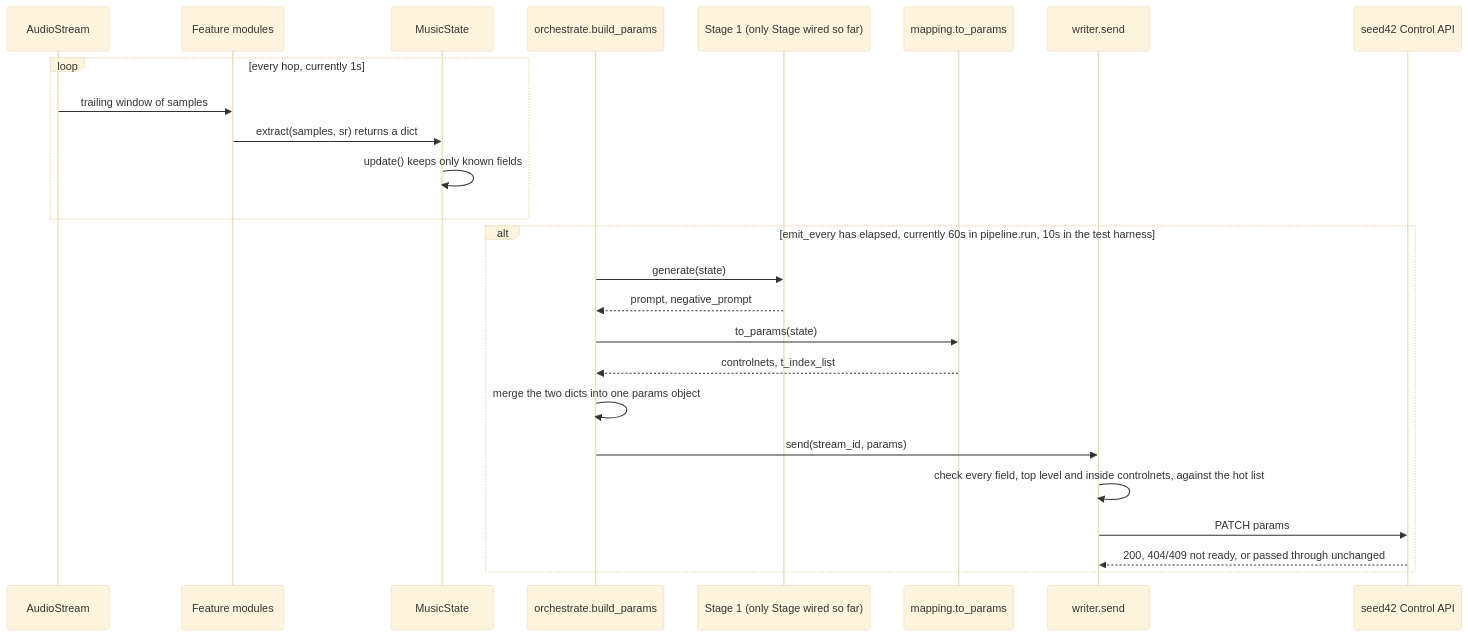
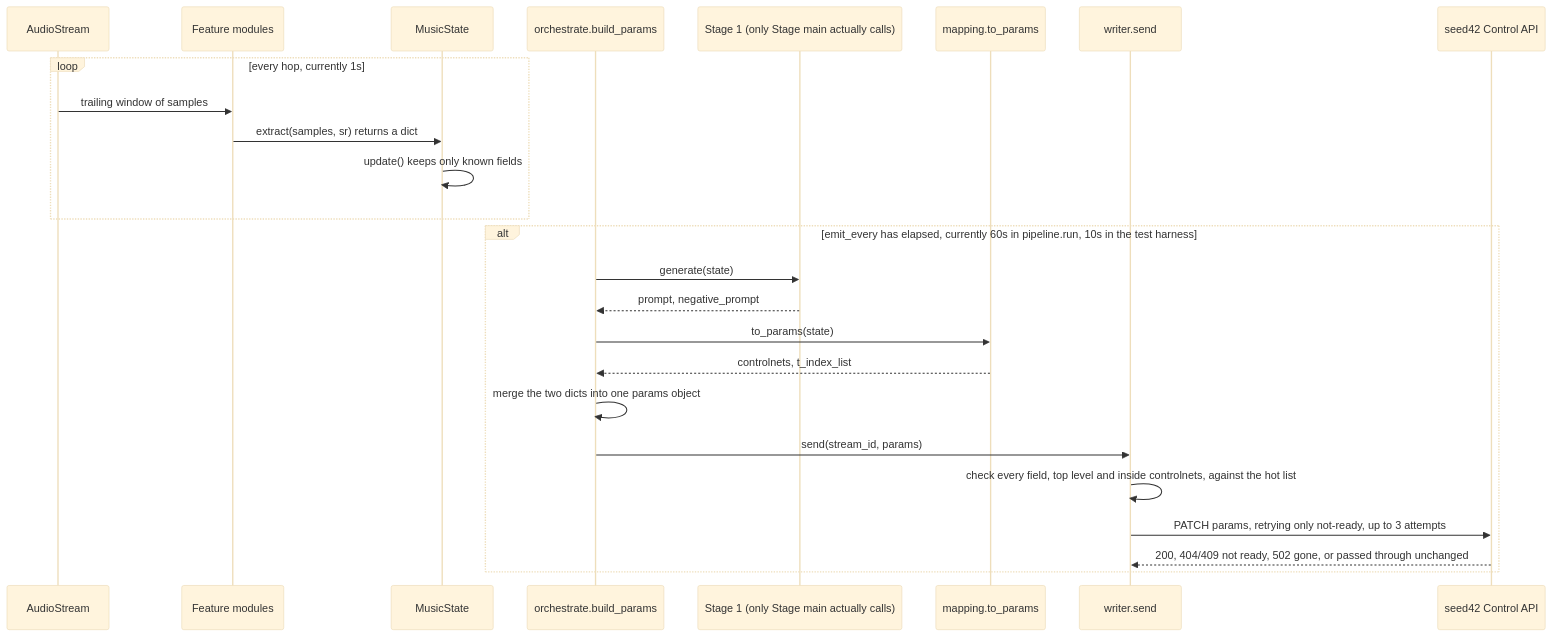
Before and after one commit to pnnhat/seed42-audio: the second of 3 diagrams in docs/design-document.md, drawn with Mermaid (base theme). The commit also changed other lines of this file, not shown here.

Commit message:
Updated the design doc against main

````diff
--- a/docs/design-document.md
+++ b/docs/design-document.md
@@ -93,29 +91,29 @@
 ```mermaid
 sequenceDiagram
     participant AS as AudioStream
     participant FE as Feature modules
     participant MS as MusicState
     participant OR as orchestrate.build_params
-    participant ST as Stage 1 (only Stage wired so far)
+    participant ST as Stage 1 (only Stage main actually calls)
     participant MP as mapping.to_params
     participant WR as writer.send
     participant API as seed42 Control API
 
     loop every hop, currently 1s
         AS->>FE: trailing window of samples
         FE->>MS: extract(samples, sr) returns a dict
         MS->>MS: update() keeps only known fields
     end
 
     alt emit_every has elapsed, currently 60s in pipeline.run, 10s in the test harness
         OR->>ST: generate(state)
         ST-->>OR: prompt, negative_prompt
         OR->>MP: to_params(state)
         MP-->>OR: controlnets, t_index_list
         OR->>OR: merge the two dicts into one params object
         OR->>WR: send(stream_id, params)
         WR->>WR: check every field, top level and inside controlnets, against the hot list
-        WR->>API: PATCH params
-        API-->>WR: 200, 404/409 not ready, or passed through unchanged
+        WR->>API: PATCH params, retrying only not-ready, up to 3 attempts
+        API-->>WR: 200, 404/409 not ready, 502 gone, or passed through unchanged
     end
 ```
````
